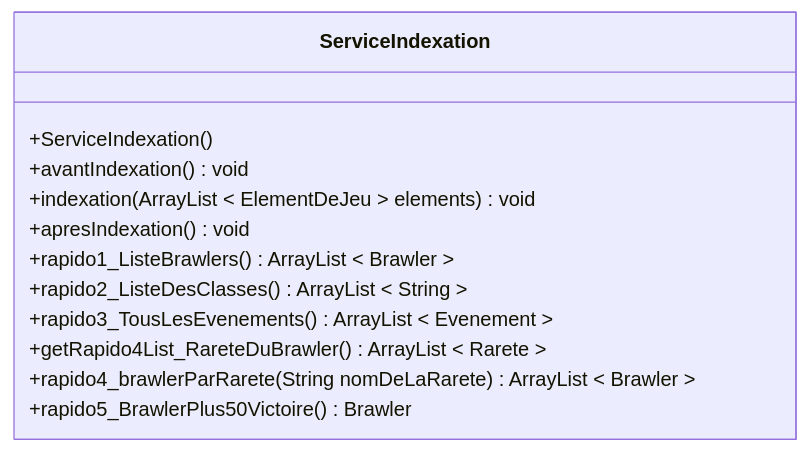
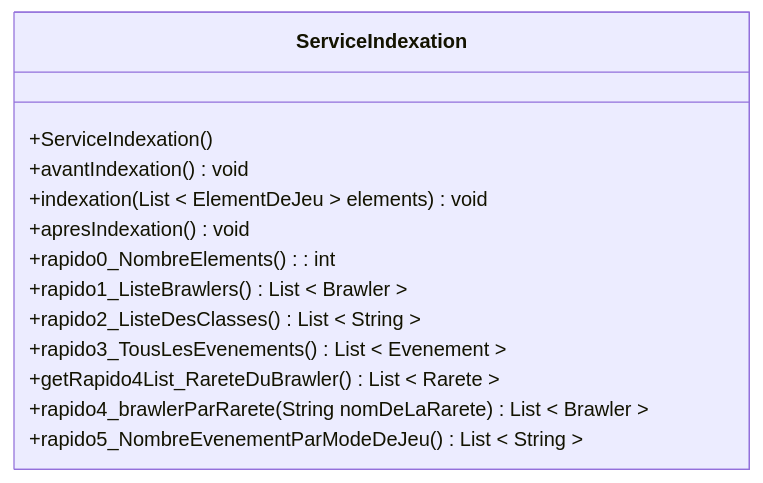
One commit to emf-info-320/320_E1_BrawlStar changed the fifth of 17 diagrams in README.md. Above: the diagram before and after it, drawn with Mermaid. The commit also changed other lines of this file and 40 other files, not shown here.

````diff
--- a/README.md
+++ b/README.md
@@ -206,18 +282,19 @@
 ```mermaid
 classDiagram
 
 
     class ServiceIndexation    {
         +ServiceIndexation()
         +avantIndexation() void
-        +indexation(ArrayList < ElementDeJeu > elements) void
+        +indexation(List < ElementDeJeu > elements) void
         +apresIndexation() void 
-        +rapido1_ListeBrawlers() ArrayList < Brawler >
-        +rapido2_ListeDesClasses() ArrayList < String >
-        +rapido3_TousLesEvenements() ArrayList < Evenement >
-        +getRapido4List_RareteDuBrawler() ArrayList < Rarete >
-        +rapido4_brawlerParRarete(String nomDeLaRarete) ArrayList < Brawler >
-        +rapido5_BrawlerPlus50Victoire() Brawler
+        +rapido0_NombreElements() : int
+        +rapido1_ListeBrawlers() List < Brawler >
+        +rapido2_ListeDesClasses() List < String >
+        +rapido3_TousLesEvenements() List < Evenement >
+        +getRapido4List_RareteDuBrawler() List < Rarete >
+        +rapido4_brawlerParRarete(String nomDeLaRarete) List < Brawler >
+        +rapido5_NombreEvenementParModeDeJeu() List < String >
     }
 
 ```
````
